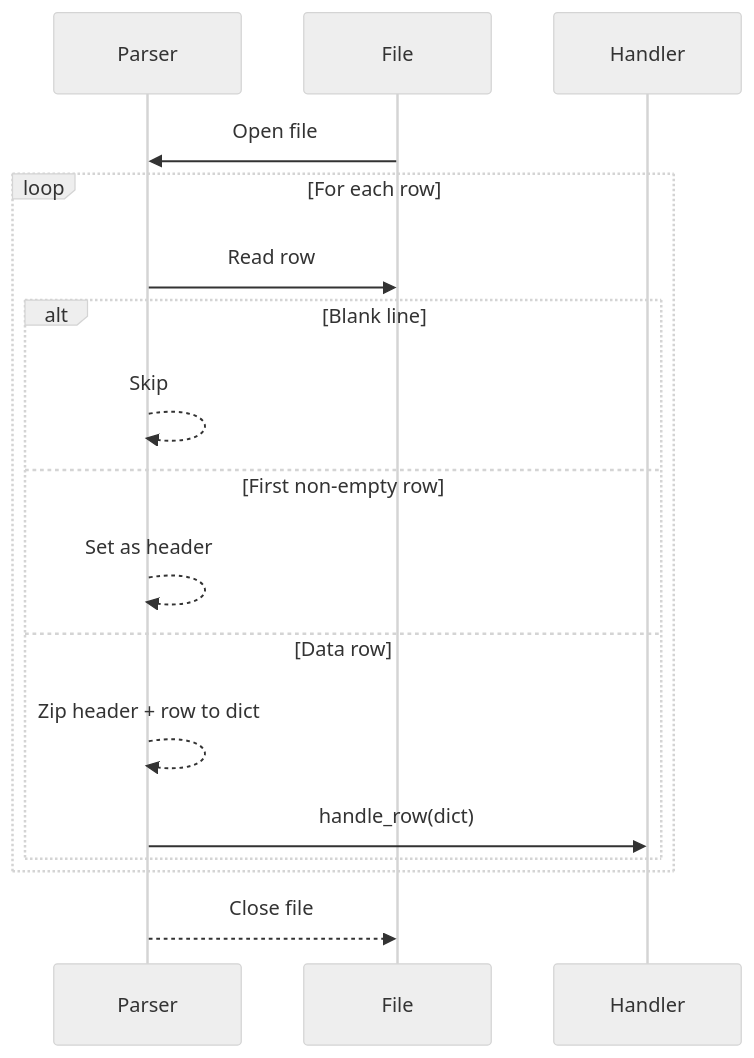
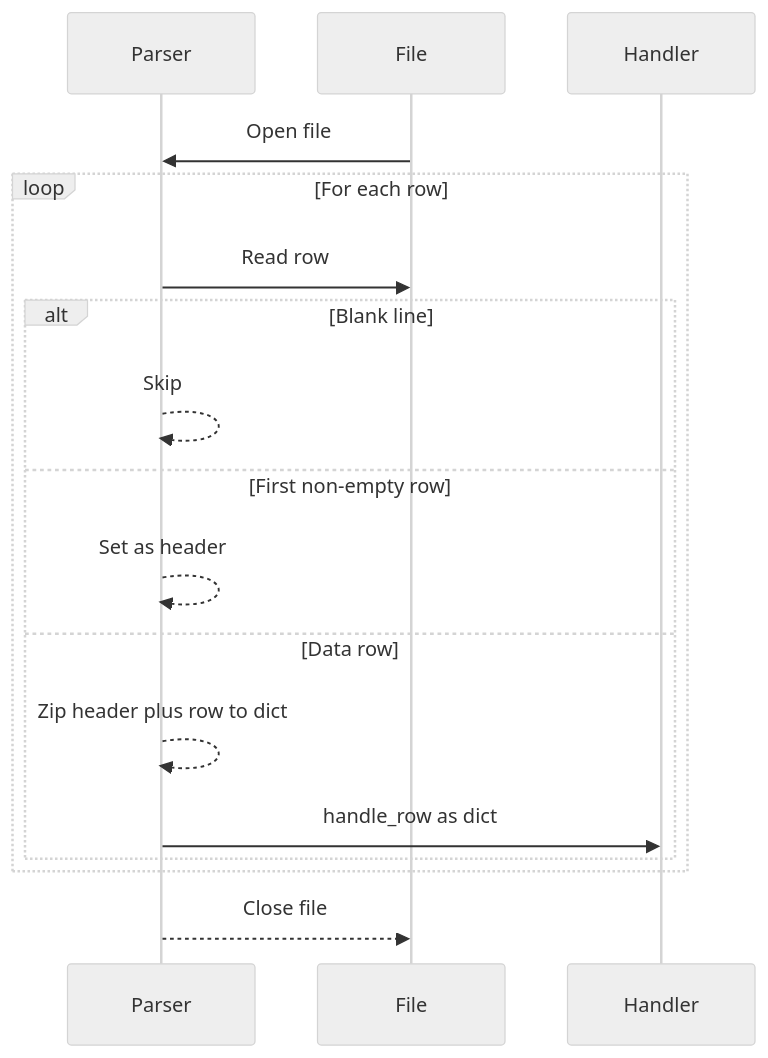
The second of 2 diagrams in core/csv/base.md (slmyers/portfolio_tracker), drawn with Mermaid (neutral theme) before and after one commit. The commit also changed other lines of this file and 5 other files, not shown here.

````diff
--- a/core/csv/base.md
+++ b/core/csv/base.md
@@ -36,19 +41,19 @@
 ```mermaid
 sequenceDiagram
     participant Parser
     participant File
     participant Handler
     File->>Parser: Open file
     loop For each row
         Parser->>File: Read row
         alt Blank line
             Parser-->>Parser: Skip
         else First non-empty row
             Parser-->>Parser: Set as header
         else Data row
-            Parser-->>Parser: Zip header + row to dict
-            Parser->>Handler: handle_row(dict)
+            Parser-->>Parser: Zip header plus row to dict
+            Parser->>Handler: handle_row as dict
         end
     end
     Parser-->>File: Close file
 ```
````
